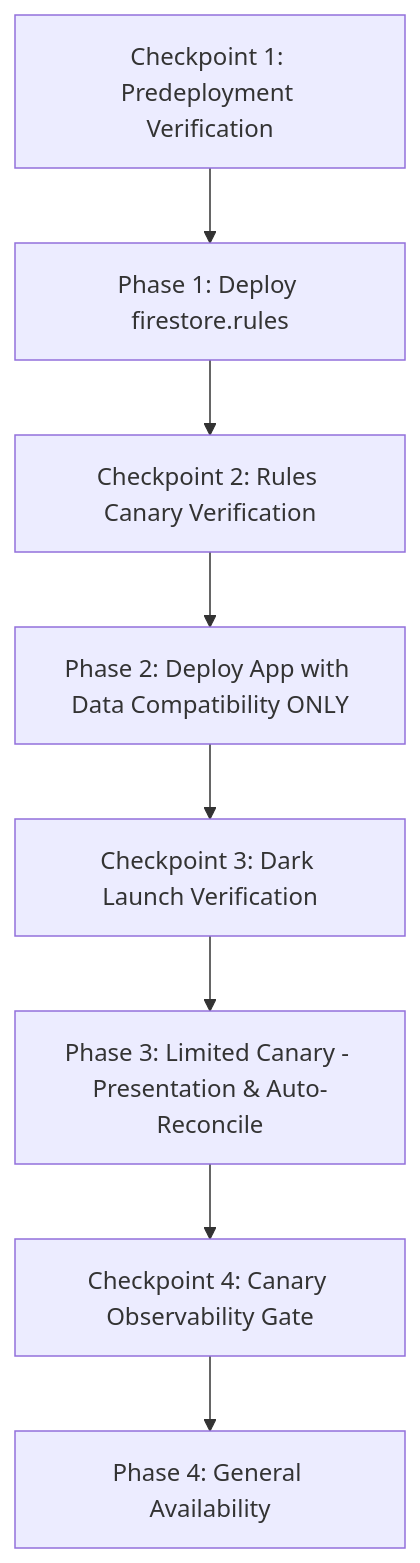
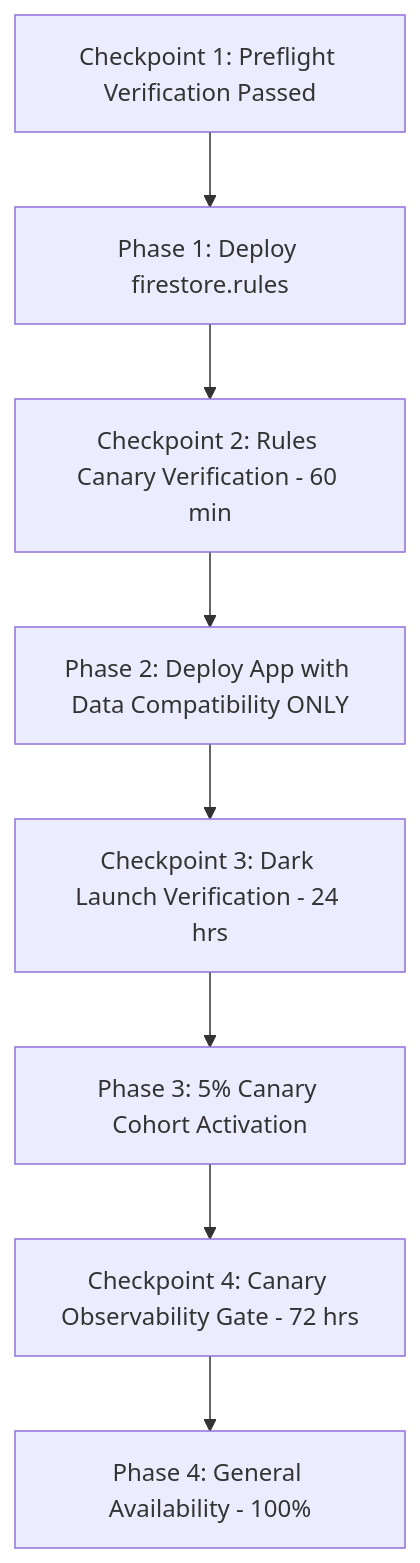
The diagram in docs/ANIHUB_F01_PRODUCTION_ROLLOUT.md (Aryankarmur/anihub), drawn with Mermaid before and after one commit. The commit also changed other lines of this file and 4 other files, not shown here.

````diff
--- a/docs/ANIHUB_F01_PRODUCTION_ROLLOUT.md
+++ b/docs/ANIHUB_F01_PRODUCTION_ROLLOUT.md
@@ -101,10 +151,10 @@
 ```mermaid
 graph TD
-    A[Checkpoint 1: Predeployment Verification] --> B[Phase 1: Deploy firestore.rules]
-    B --> C[Checkpoint 2: Rules Canary Verification]
+    A[Checkpoint 1: Preflight Verification Passed] --> B[Phase 1: Deploy firestore.rules]
+    B --> C[Checkpoint 2: Rules Canary Verification - 60 min]
     C --> D[Phase 2: Deploy App with Data Compatibility ONLY]
-    D --> E[Checkpoint 3: Dark Launch Verification]
-    E --> F[Phase 3: Limited Canary - Presentation & Auto-Reconcile]
-    F --> G[Checkpoint 4: Canary Observability Gate]
-    G --> H[Phase 4: General Availability]
+    D --> E[Checkpoint 3: Dark Launch Verification - 24 hrs]
+    E --> F[Phase 3: 5% Canary Cohort Activation]
+    F --> G[Checkpoint 4: Canary Observability Gate - 72 hrs]
+    G --> H[Phase 4: General Availability - 100%]
 ```
````
